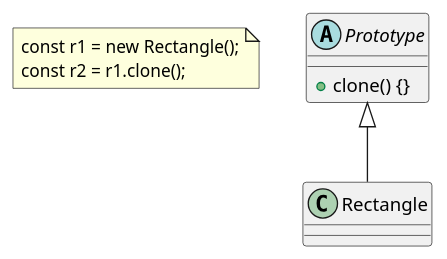
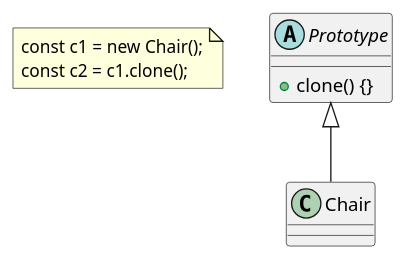
Before and after one commit to cesarkohl/design-patterns: the diagram in creational/5-prototype/prototype-shape-simplest.puml, drawn with PlantUML. The commit also changed 3 other files, not shown here.

```diff
--- a/creational/5-prototype/prototype-shape-simplest.puml
+++ b/creational/5-prototype/prototype-shape-simplest.puml
@@ -1,13 +1,13 @@
 @startuml
 note as n1
-const r1 = new Rectangle();
-const r2 = r1.clone();
+const c1 = new Chair();
+const c2 = c1.clone();
 end note
 
 abstract Prototype {
     + clone() {}
 }
 
-class Rectangle extends Prototype {
+class Chair extends Prototype {
 }
 @enduml
```
